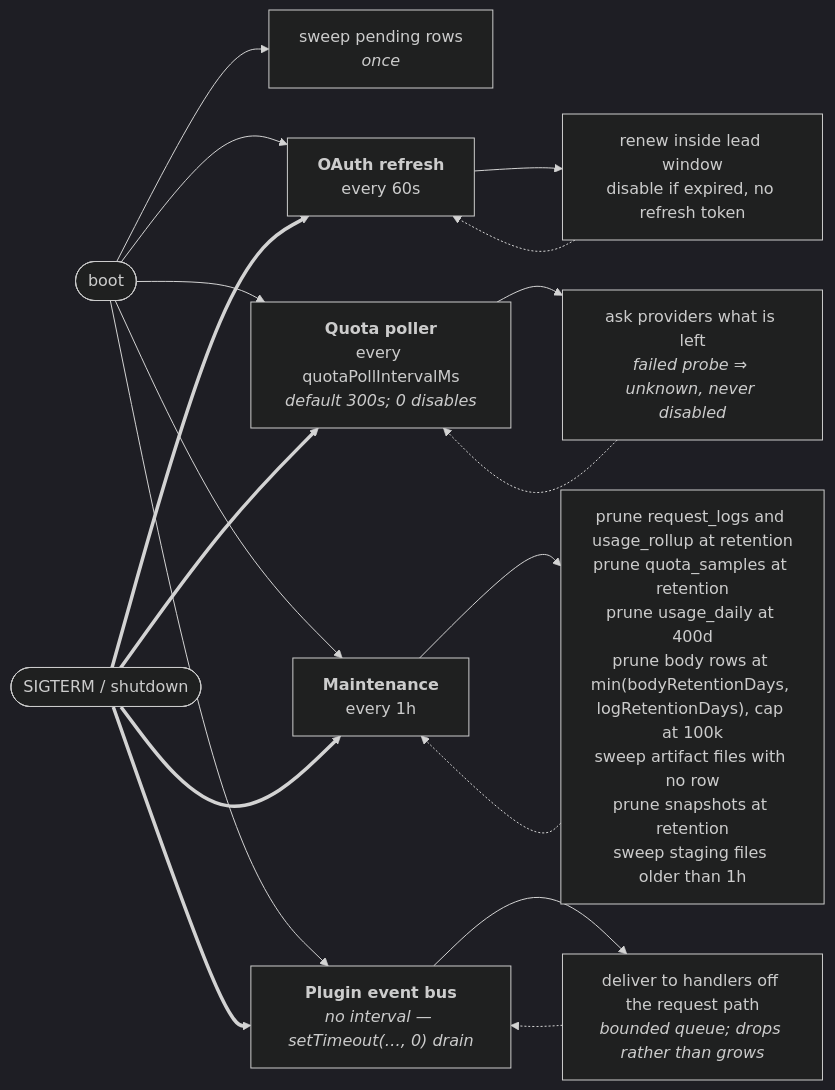
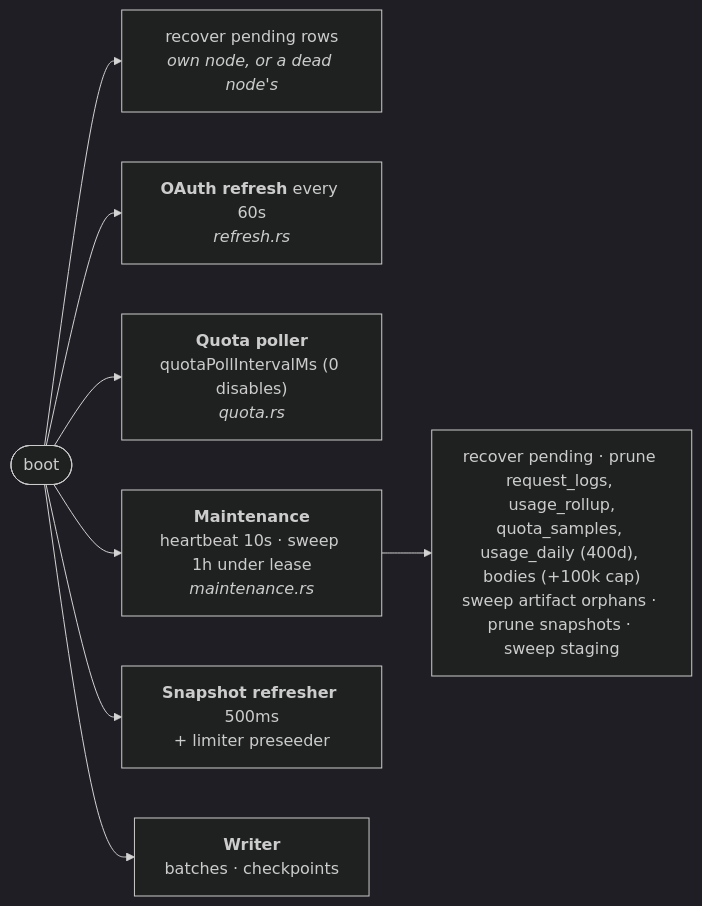
The ninth of 12 diagrams in ARCHITECTURE.md (harismawan/omnigateway), drawn with Mermaid (dark theme) before and after one commit. The commit also changed other lines of this file, not shown here.

First line of the commit message:
docs: rewrite ARCHITECTURE.md against the Rust crates

````diff
--- a/ARCHITECTURE.md
+++ b/ARCHITECTURE.md
@@ -535,20 +535,10 @@
 ```mermaid
 flowchart LR
-  boot([boot]) --> sweep["sweep pending rows<br/><i>once</i>"]
-  boot --> oauth
-  boot --> quota
-  boot --> maint
-  boot --> bus
-
-  oauth["<b>OAuth refresh</b><br/>every 60s"] --> oauthJob["renew inside lead window<br/>disable if expired, no refresh token"]
-  quota["<b>Quota poller</b><br/>every quotaPollIntervalMs<br/><i>default 300s; 0 disables</i>"] --> quotaJob["ask providers what is left<br/><i>failed probe ⇒ unknown, never disabled</i>"]
-  maint["<b>Maintenance</b><br/>every 1h"] --> maintJob["prune request_logs and usage_rollup at retention<br/>prune quota_samples at retention<br/>prune usage_daily at 400d<br/>prune body rows at min(bodyRetentionDays, logRetentionDays), cap at 100k<br/>sweep artifact files with no row<br/>prune snapshots at retention<br/>sweep staging files older than 1h"]
-  bus["<b>Plugin event bus</b><br/><i>no interval — setTimeout(…, 0) drain</i>"] --> busJob["deliver to handlers off the request path<br/><i>bounded queue; drops rather than grows</i>"]
-
-  oauthJob -.-> oauth
-  quotaJob -.-> quota
-  maintJob -.-> maint
-  busJob -.-> bus
-
-  stop([SIGTERM / shutdown]) ==> oauth & quota & maint & bus
+  boot([boot]) --> sweep["recover pending rows<br/><i>own node, or a dead node's</i>"]
+  boot --> oauth["<b>OAuth refresh</b> every 60s<br/><i>refresh.rs</i>"]
+  boot --> quota["<b>Quota poller</b><br/>quotaPollIntervalMs (0 disables)<br/><i>quota.rs</i>"]
+  boot --> maint["<b>Maintenance</b><br/>heartbeat 10s · sweep 1h under lease<br/><i>maintenance.rs</i>"]
+  boot --> snap["<b>Snapshot refresher</b> 500ms<br/>+ limiter preseeder"]
+  boot --> writer["<b>Writer</b><br/>batches · checkpoints"]
+  maint --> mj["recover pending · prune request_logs, usage_rollup,<br/>quota_samples, usage_daily (400d), bodies (+100k cap)<br/>sweep artifact orphans · prune snapshots · sweep staging"]
 ```
````
